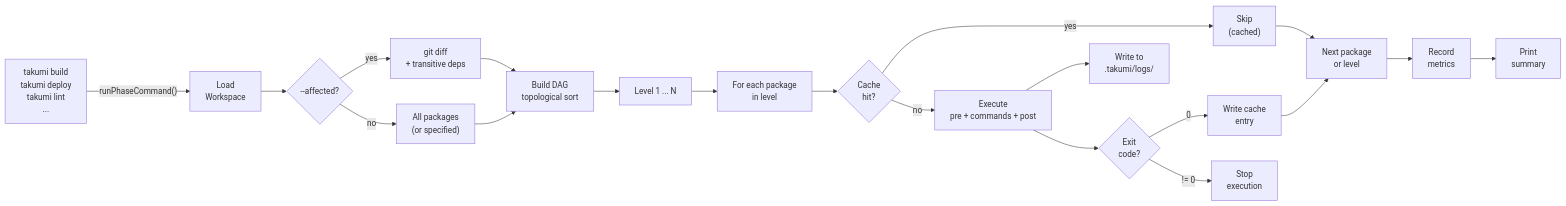
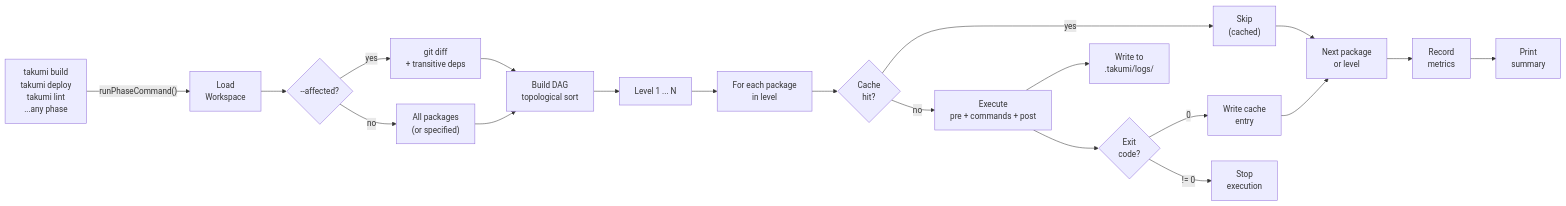
The second of 7 diagrams in docs/dev/architecture-diagram.md (T-Fizz/takumi), drawn with Mermaid before and after one commit. The commit also changed other lines of this file and 12 other files, not shown here.

First line of the commit message:
Remove takumi_diagnose zombie and fix architecture diagrams

````diff
--- a/docs/dev/architecture-diagram.md
+++ b/docs/dev/architecture-diagram.md
@@ -99,31 +103,31 @@
 ```mermaid
 flowchart LR
-    CMD["takumi build<br/>takumi deploy<br/>takumi lint<br/>..."]
+    CMD["takumi build<br/>takumi deploy<br/>takumi lint<br/>...any phase"]
     -->|"runPhaseCommand()"| LOAD["Load<br/>Workspace"]
     --> AFFECTED{"--affected?"}
 
     AFFECTED -->|yes| GITDIFF["git diff<br/>+ transitive deps"]
     AFFECTED -->|no| ALLPKG["All packages<br/>(or specified)"]
     GITDIFF --> RESOLVE
     ALLPKG --> RESOLVE
 
     RESOLVE["Build DAG<br/>topological sort"]
     --> LEVELS["Level 1 ... N"]
 
     LEVELS --> FOREACH["For each package<br/>in level"]
 
     FOREACH --> CACHECHECK{"Cache<br/>hit?"}
     CACHECHECK -->|yes| SKIP["Skip<br/>(cached)"]
     CACHECHECK -->|no| RUN["Execute<br/>pre + commands + post"]
 
     RUN --> LOG["Write to<br/>.takumi/logs/"]
     RUN --> RESULT{"Exit<br/>code?"}
 
     RESULT -->|0| WRITECACHE["Write cache<br/>entry"]
     RESULT -->|!= 0| FAIL["Stop<br/>execution"]
     WRITECACHE --> NEXT["Next package<br/>or level"]
     SKIP --> NEXT
 
     NEXT --> METRICS["Record<br/>metrics"]
     METRICS --> SUMMARY["Print<br/>summary"]
 ```
````
